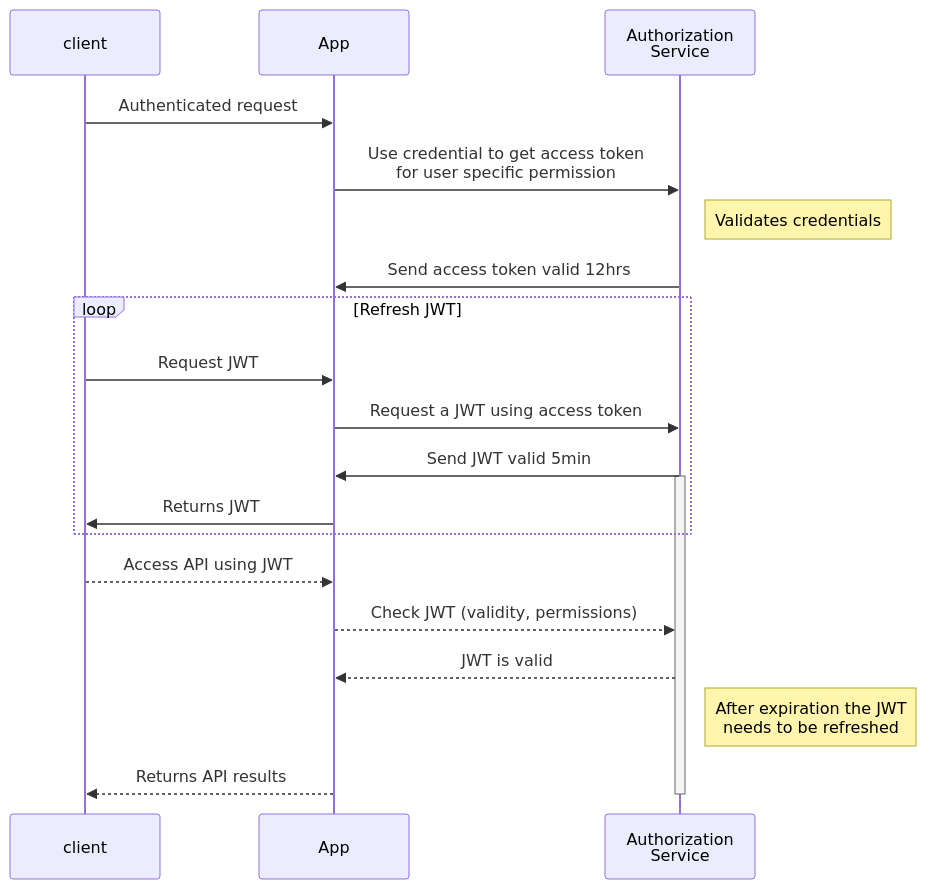
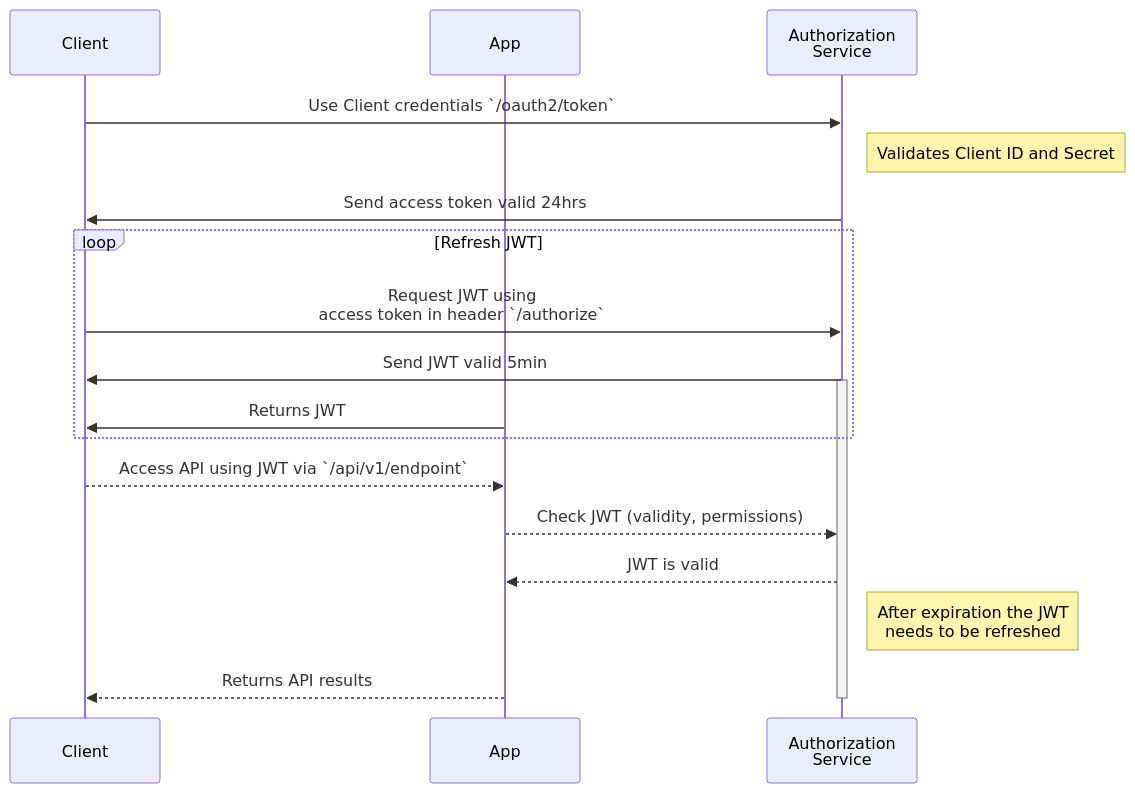
The diagram in _posts/2021/2021-11-30-Authorize-my-jwt.md (sylhare/sylhare.github.io), drawn with Mermaid before and after one commit. The commit also changed other lines of this file, not shown here.

Commit message:
Update jwt article

```diff
--- a/_posts/2021/2021-11-30-Authorize-my-jwt.md
+++ b/_posts/2021/2021-11-30-Authorize-my-jwt.md
@@ -127,24 +133,22 @@
 <div class="mermaid">
 sequenceDiagram
-  participant C as client
+  participant C as Client
   participant A as App
   participant S as Authorization <br> Service
 
-  C ->> A: Authenticated request
-  A ->> S: Use credential to get access token <br> for user specific permission
-  Note right of S: Validates credentials
-  S ->> A: Send access token valid 12hrs
+  C ->> S: Use Client credentials `/oauth2/token`
+  Note right of S: Validates Client ID and Secret
+  S ->> C: Send access token valid 24hrs
   loop Refresh JWT
-    C ->> A: Request JWT
-    A ->> S: Request a JWT using access token
-    S ->> A: Send JWT valid 5min
+    C ->> S: Request JWT using<br> access token in header `/authorize`
+    S ->> C: Send JWT valid 5min
     activate S
     A ->> C: Returns JWT 
   end 
-  C -->> A: Access API using JWT
+  C -->> A: Access API using JWT via `/api/v1/endpoint`
   A -->> S: Check JWT (validity, permissions)
   S -->> A: JWT is valid
   Note right of S: After expiration the JWT <br> needs to be refreshed
   A -->> C: Returns API results
   deactivate S
 </div>
```
